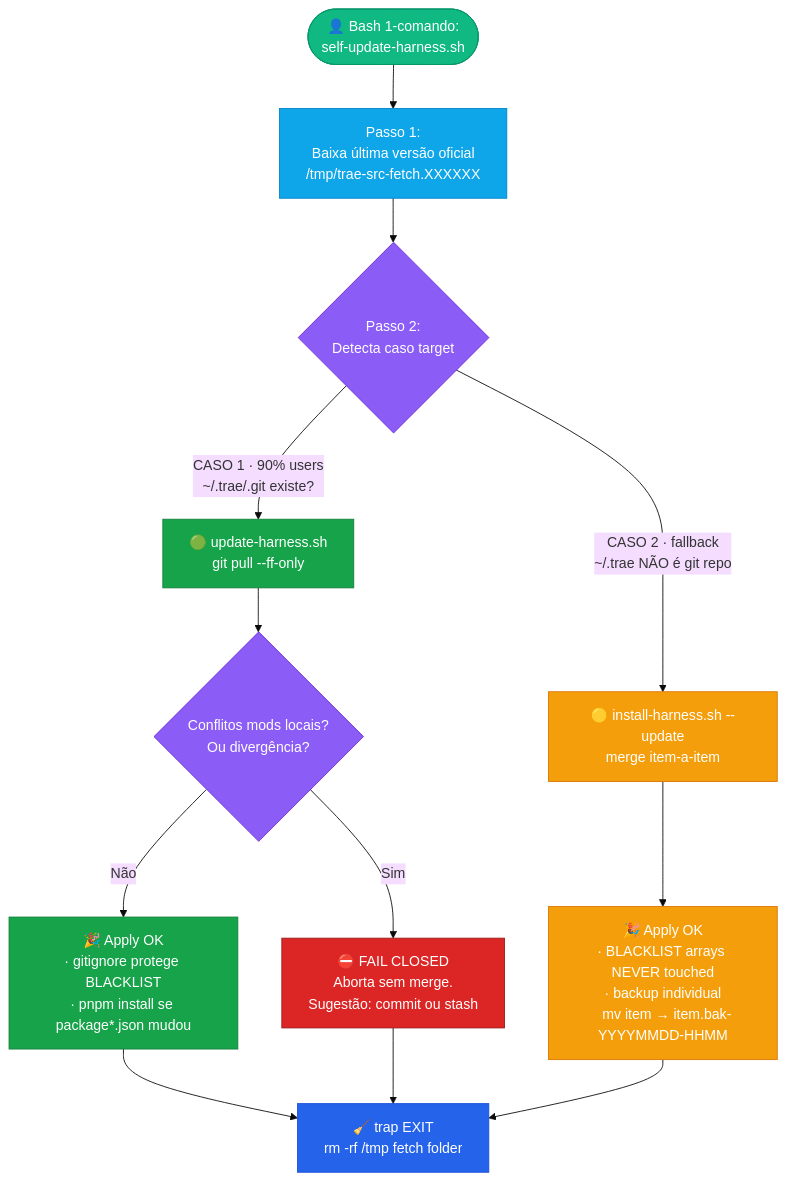
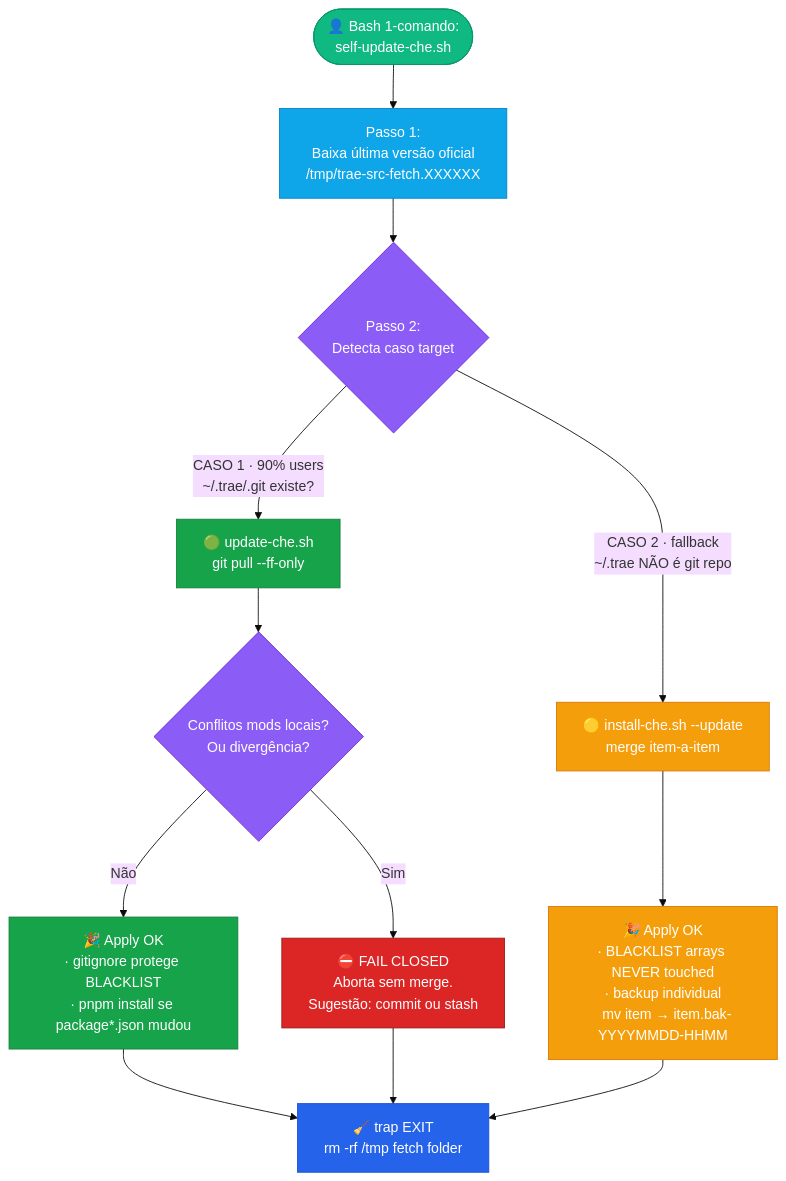
Before and after one commit to laionazeredo/che-ai: the third of 3 diagrams in README.md, drawn with Mermaid. The commit also changed other lines of this file and 150 other files, not shown here.

````diff
--- a/README.md
+++ b/README.md
@@ -209,28 +209,28 @@
 ```mermaid
 %%{init: {'theme':'base'}}%%
 flowchart TD
-    A([👤 Bash 1-comando:<br/>self-update-harness.sh]) --> B[Passo 1:<br/>Baixa última versão oficial<br/>/tmp/trae-src-fetch.XXXXXX]
+    A([👤 Bash 1-comando:<br/>self-update-che.sh]) --> B[Passo 1:<br/>Baixa última versão oficial<br/>/tmp/trae-src-fetch.XXXXXX]
     B --> C{Passo 2:<br/>Detecta caso target}
-    C -->|CASO 1 · 90% users<br/>~/.trae/.git existe?| D1[🟢 update-harness.sh<br/>git pull --ff-only]
-    C -->|CASO 2 · fallback<br/>~/.trae NÃO é git repo| D2[🟡 install-harness.sh --update<br/>merge item-a-item]
+    C -->|CASO 1 · 90% users<br/>~/.trae/.git existe?| D1[🟢 update-che.sh<br/>git pull --ff-only]
+    C -->|CASO 2 · fallback<br/>~/.trae NÃO é git repo| D2[🟡 install-che.sh --update<br/>merge item-a-item]
     D1 --> E{Conflitos mods locais?<br/>Ou divergência?}
     E -->|Não| F1[🎉 Apply OK<br/>· gitignore protege BLACKLIST<br/>· pnpm install se package*.json mudou]
     E -->|Sim| G1[⛔ FAIL CLOSED<br/>Aborta sem merge.<br/>Sugestão: commit ou stash]
     D2 --> F2[🎉 Apply OK<br/>· BLACKLIST arrays NEVER touched<br/>· backup individual<br/>  mv item → item.bak-YYYYMMDD-HHMM]
     F1 & F2 & G1 --> CLEAN[🧹 trap EXIT<br/>rm -rf /tmp fetch folder]
 
     classDef user fill:#10B981,stroke:#059669,color:#fff
     classDef fetch fill:#0EA5E9,stroke:#0284C7,color:#fff
     classDef decision fill:#8B5CF6,stroke:#6D28D9,color:#fff
     classDef caso1 fill:#16A34A,stroke:#15803D,color:#fff
     classDef caso2 fill:#F59E0B,stroke:#D97706,color:#fff
     classDef fail fill:#DC2626,stroke:#991B1B,color:#fff
     classDef ok fill:#2563EB,stroke:#1D4ED8,color:#fff
     class A user
     class B fetch
     class C,E decision
     class D1,F1 caso1
     class D2,F2 caso2
     class G1 fail
     class CLEAN ok
 ```
````
